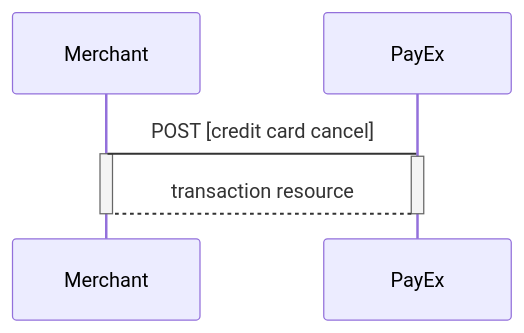
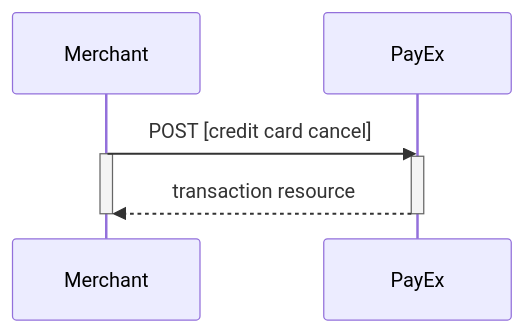
One commit to SwedbankPay/developer.swedbankpay.com changed the sixth of 10 diagrams in payments/credit-card/after-payment.md. Above: the diagram before and after it, drawn with Mermaid. The commit also changed other lines of this file, not shown here.

Commit message:
DX-266 removed link from diagram and added double arrowhead to diagrams

````diff
--- a/payments/credit-card/after-payment.md
+++ b/payments/credit-card/after-payment.md
@@ -649,9 +649,9 @@
 ```mermaid
 sequenceDiagram
-  Merchant->PayEx: POST [credit card cancel]
+  Merchant->>PayEx: POST [credit card cancel]
   Activate Merchant
   Activate PayEx
-  PayEx-->Merchant: transaction resource
+  PayEx-->>Merchant: transaction resource
   Deactivate PayEx
   Deactivate Merchant
 ```
````
